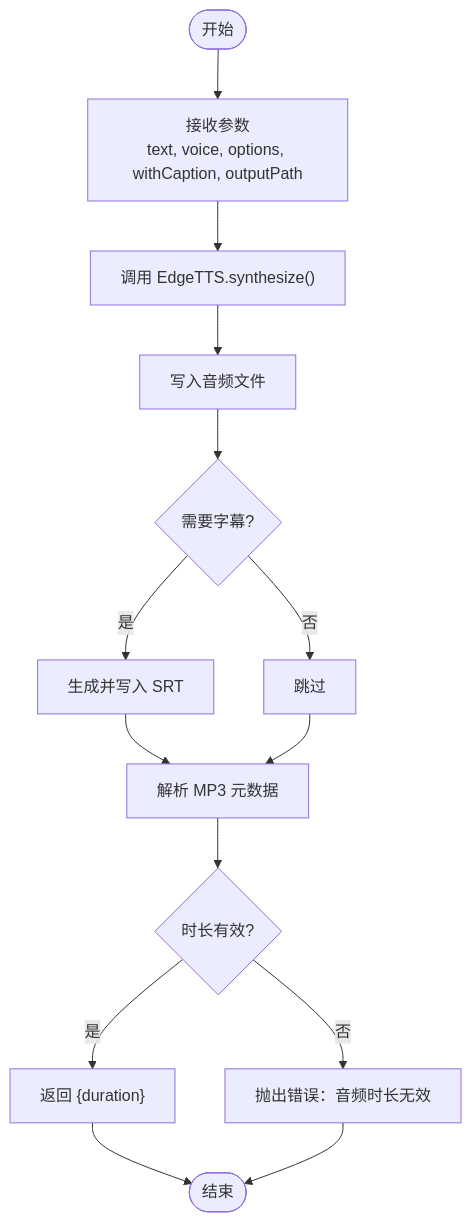
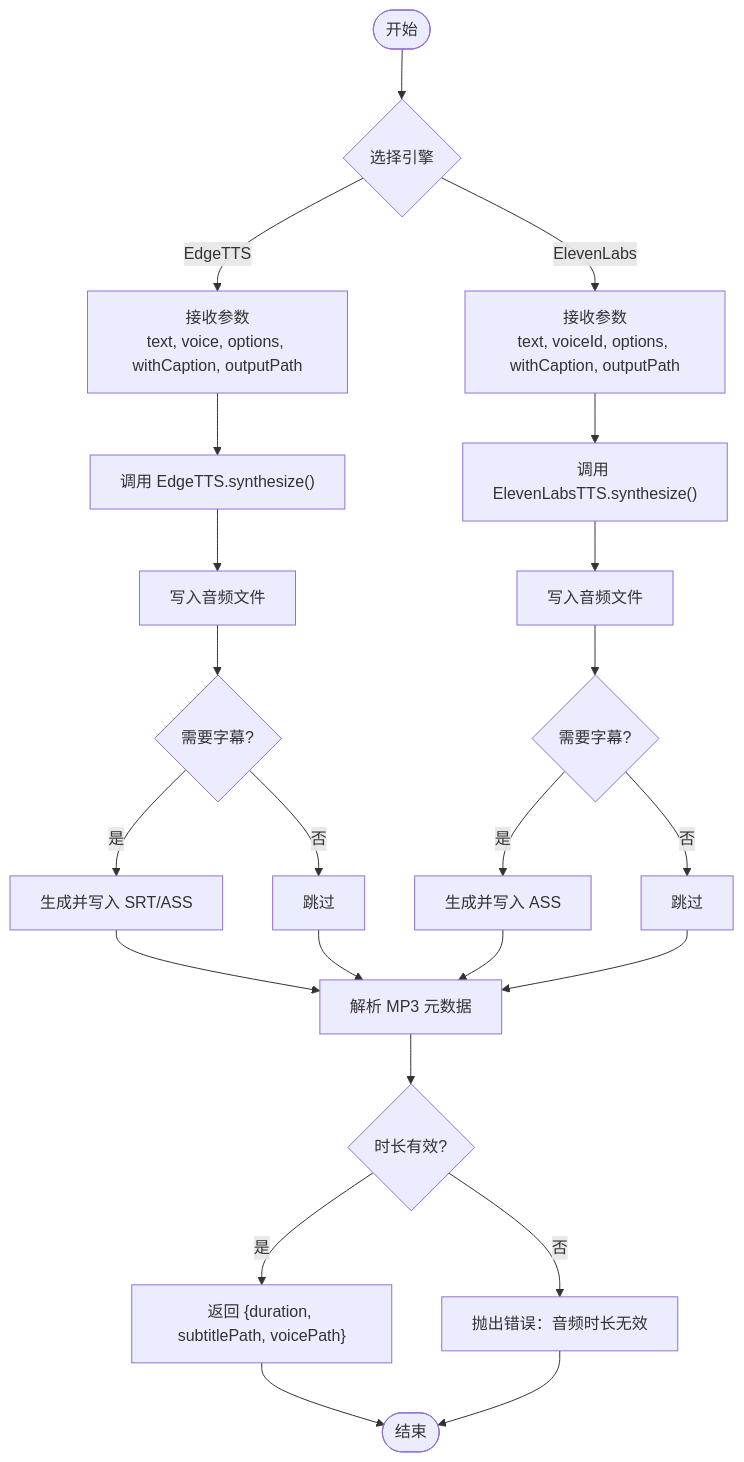
Before and after one commit to torans/crow.video: the fourth of 8 diagrams in .qoder/repowiki/zh/content/核心功能模块/语音合成系统.md, drawn with Mermaid. The commit also changed other lines of this file and 35 other files, not shown here.

````diff
--- a/.qoder/repowiki/zh/content/核心功能模块/语音合成系统.md
+++ b/.qoder/repowiki/zh/content/核心功能模块/语音合成系统.md
@@ -190,16 +210,25 @@
 ```mermaid
 flowchart TD
-Start(["开始"]) --> Params["接收参数<br/>text, voice, options, withCaption, outputPath"]
-Params --> Synthesize["调用 EdgeTTS.synthesize()"]
-Synthesize --> ToFile["写入音频文件"]
-ToFile --> MaybeSRT{"需要字幕?"}
-MaybeSRT --> |是| WriteSRT["生成并写入 SRT"]
+Start(["开始"]) --> Engine{"选择引擎"}
+Engine --> |EdgeTTS| EdgeParams["接收参数<br/>text, voice, options, withCaption, outputPath"]
+Engine --> |ElevenLabs| ElevenParams["接收参数<br/>text, voiceId, options, withCaption, outputPath"]
+EdgeParams --> EdgeSynthesize["调用 EdgeTTS.synthesize()"]
+ElevenParams --> ElevenSynthesize["调用 ElevenLabsTTS.synthesize()"]
+EdgeSynthesize --> EdgeToFile["写入音频文件"]
+ElevenSynthesize --> ElevenToFile["写入音频文件"]
+EdgeToFile --> MaybeSRT{"需要字幕?"}
+ElevenToFile --> MaybeASS{"需要字幕?"}
+MaybeSRT --> |是| WriteSRT["生成并写入 SRT/ASS"]
 MaybeSRT --> |否| SkipSRT["跳过"]
+MaybeASS --> |是| WriteASS["生成并写入 ASS"]
+MaybeASS --> |否| SkipASS["跳过"]
 WriteSRT --> ParseMeta["解析 MP3 元数据"]
+WriteASS --> ParseMeta
 SkipSRT --> ParseMeta
+SkipASS --> ParseMeta
 ParseMeta --> Valid{"时长有效?"}
-Valid --> |是| Return["返回 {duration}"]
+Valid --> |是| Return["返回 {duration, subtitlePath, voicePath}"]
 Valid --> |否| Throw["抛出错误：音频时长无效"]
 Return --> End(["结束"])
 Throw --> End
 ```
````
